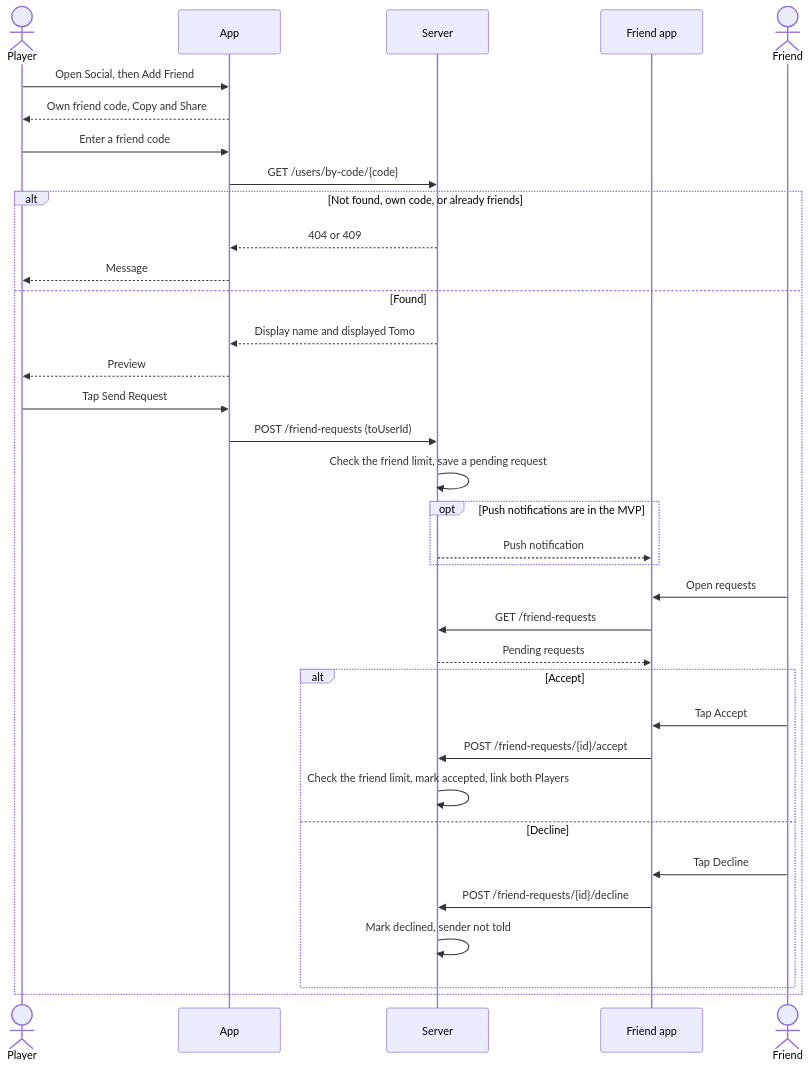
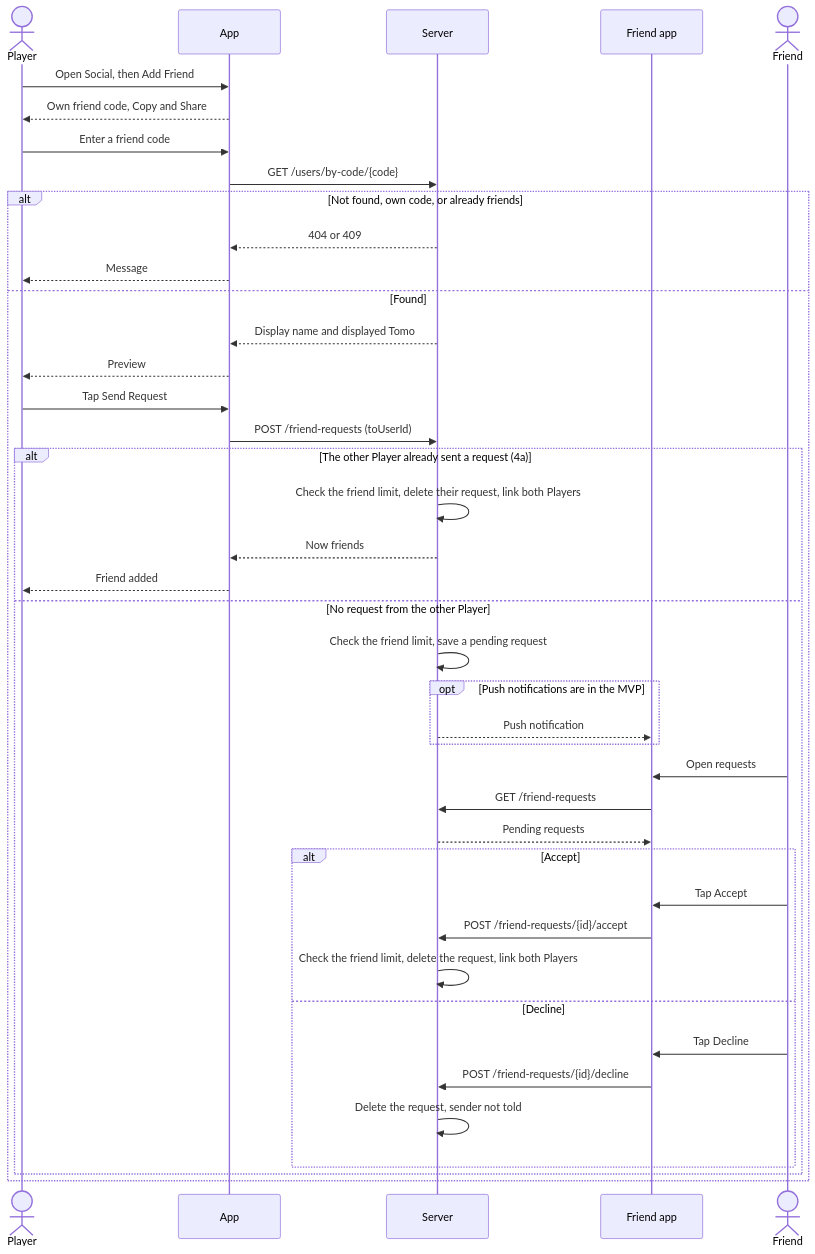
Before and after one commit to zhangs-tech/runtomo: the diagram in docs/usecases/UC-15-add-friend.md, drawn with Mermaid. The commit also changed other lines of this file and 13 other files, not shown here.

Commit message:
docs: move static game data out of ERD and drop achievements from MVP

````diff
--- a/docs/usecases/UC-15-add-friend.md
+++ b/docs/usecases/UC-15-add-friend.md
@@ -63,38 +64,44 @@
 ```mermaid
 sequenceDiagram
     actor P as Player
     participant A as App
     participant S as Server
     participant B as Friend app
     actor F as Friend
 
     P->>A: Open Social, then Add Friend
     A-->>P: Own friend code, Copy and Share
     P->>A: Enter a friend code
     A->>S: GET /users/by-code/{code}
     alt Not found, own code, or already friends
         S-->>A: 404 or 409
         A-->>P: Message
     else Found
         S-->>A: Display name and displayed Tomo
         A-->>P: Preview
         P->>A: Tap Send Request
         A->>S: POST /friend-requests (toUserId)
-        S->>S: Check the friend limit, save a pending request
-        opt Push notifications are in the MVP
-            S-->>B: Push notification
-        end
-        F->>B: Open requests
-        B->>S: GET /friend-requests
-        S-->>B: Pending requests
-        alt Accept
-            F->>B: Tap Accept
-            B->>S: POST /friend-requests/{id}/accept
-            S->>S: Check the friend limit, mark accepted, link both Players
-        else Decline
-            F->>B: Tap Decline
-            B->>S: POST /friend-requests/{id}/decline
-            S->>S: Mark declined, sender not told
+        alt The other Player already sent a request (4a)
+            S->>S: Check the friend limit, delete their request, link both Players
+            S-->>A: Now friends
+            A-->>P: Friend added
+        else No request from the other Player
+            S->>S: Check the friend limit, save a pending request
+            opt Push notifications are in the MVP
+                S-->>B: Push notification
+            end
+            F->>B: Open requests
+            B->>S: GET /friend-requests
+            S-->>B: Pending requests
+            alt Accept
+                F->>B: Tap Accept
+                B->>S: POST /friend-requests/{id}/accept
+                S->>S: Check the friend limit, delete the request, link both Players
+            else Decline
+                F->>B: Tap Decline
+                B->>S: POST /friend-requests/{id}/decline
+                S->>S: Delete the request, sender not told
+            end
         end
     end
 ```
````
